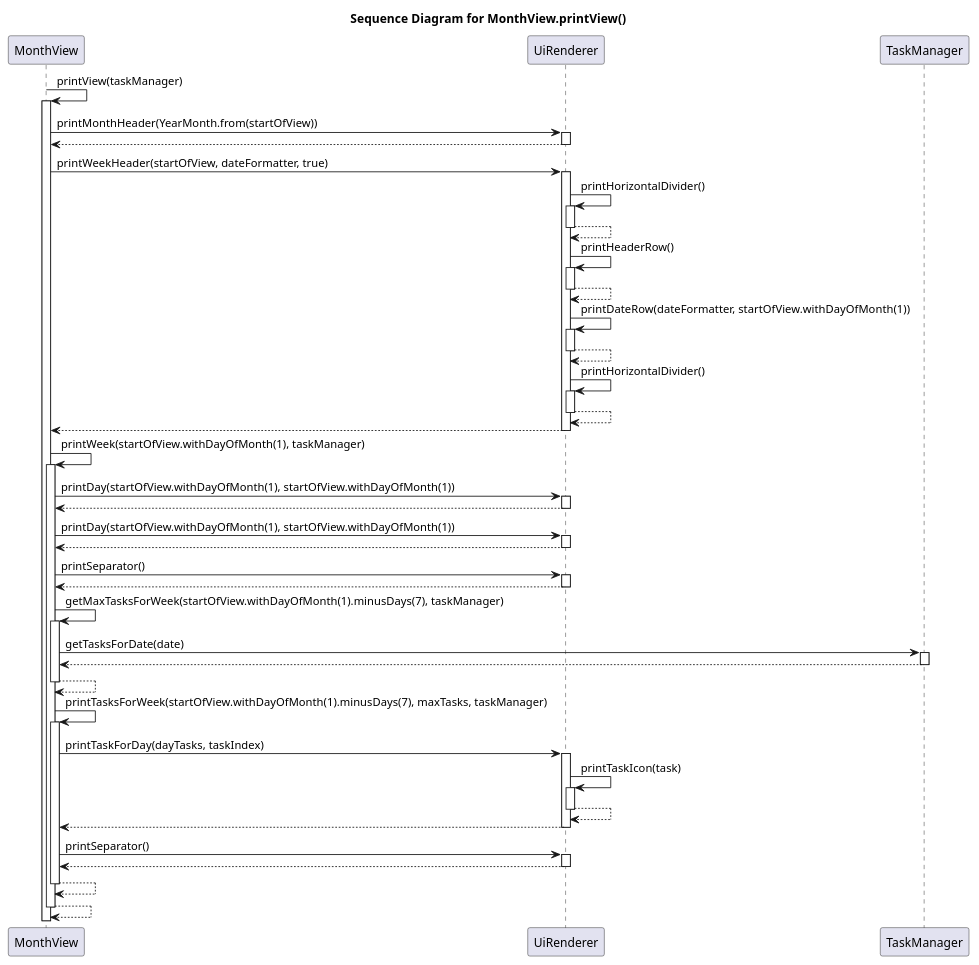
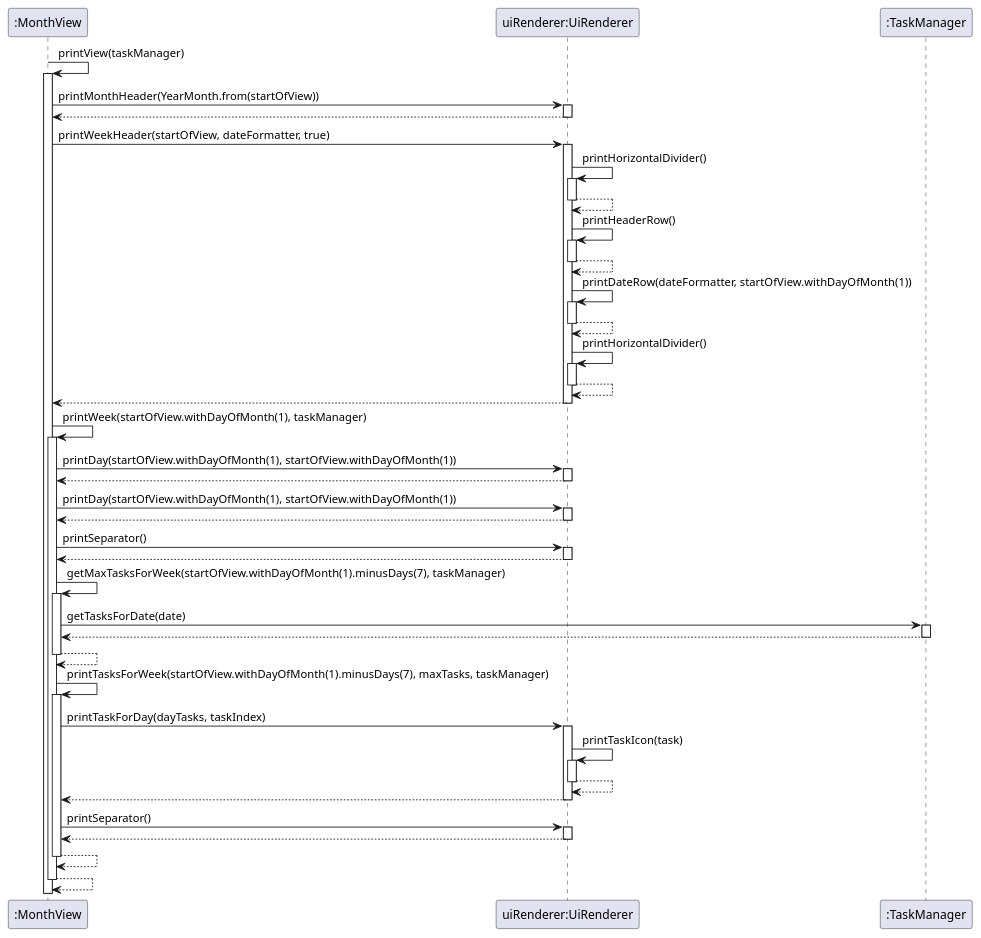
Before and after one commit to clarencepohh/tp: the diagram in docs/diagrams/sequence/PrintMonthViewSequenceDiagram.puml, drawn with PlantUML. The commit also changed 5 other files, not shown here.

```diff
--- a/docs/diagrams/sequence/PrintMonthViewSequenceDiagram.puml
+++ b/docs/diagrams/sequence/PrintMonthViewSequenceDiagram.puml
@@ -1,92 +1,74 @@
 @startuml
 
-participant MonthView as MV
-participant UiRenderer as UR
-participant TaskManager as TM
+participant ":MonthView" as MV
+participant "uiRenderer:UiRenderer" as UR
+participant ":TaskManager" as TM
 
-title Sequence Diagram for MonthView.printView()
 
 MV -> MV: printView(taskManager)
 activate MV
-
 MV -> UR: printMonthHeader(YearMonth.from(startOfView))
 activate UR
 UR --> MV
 deactivate UR
-
 MV -> UR: printWeekHeader(startOfView, dateFormatter, true)
 activate UR
 UR -> UR: printHorizontalDivider()
 activate UR
 UR --> UR
 deactivate UR
-
 UR -> UR: printHeaderRow()
 activate UR
 UR --> UR
 deactivate UR
-
 UR -> UR: printDateRow(dateFormatter, startOfView.withDayOfMonth(1))
 activate UR
 UR --> UR
 deactivate UR
-
 UR -> UR: printHorizontalDivider()
 activate UR
 UR --> UR
 deactivate UR
-
 UR --> MV
 deactivate UR
-
 MV -> MV: printWeek(startOfView.withDayOfMonth(1), taskManager)
 activate MV
-
 MV -> UR: printDay(startOfView.withDayOfMonth(1), startOfView.withDayOfMonth(1))
 activate UR
 UR --> MV
 deactivate UR
-
 MV -> UR: printDay(startOfView.withDayOfMonth(1), startOfView.withDayOfMonth(1))
 activate UR
 UR --> MV
 deactivate UR
-
 MV -> UR: printSeparator()
 activate UR
 UR --> MV
 deactivate UR
-
 MV -> MV: getMaxTasksForWeek(startOfView.withDayOfMonth(1).minusDays(7), taskManager)
 activate MV
 MV -> TM: getTasksForDate(date)
 activate TM
 TM --> MV
 deactivate TM
 MV --> MV
 deactivate MV
-
 MV -> MV: printTasksForWeek(startOfView.withDayOfMonth(1).minusDays(7), maxTasks, taskManager)
 activate MV
-
 MV -> UR: printTaskForDay(dayTasks, taskIndex)
 activate UR
 UR -> UR: printTaskIcon(task)
 activate UR
 UR --> UR
 deactivate UR
 UR --> MV
 deactivate UR
-
 MV -> UR: printSeparator()
 activate UR
 UR --> MV
 deactivate UR
-
 MV --> MV
 deactivate MV
-
 MV --> MV
 deactivate MV
-
 @enduml
```
